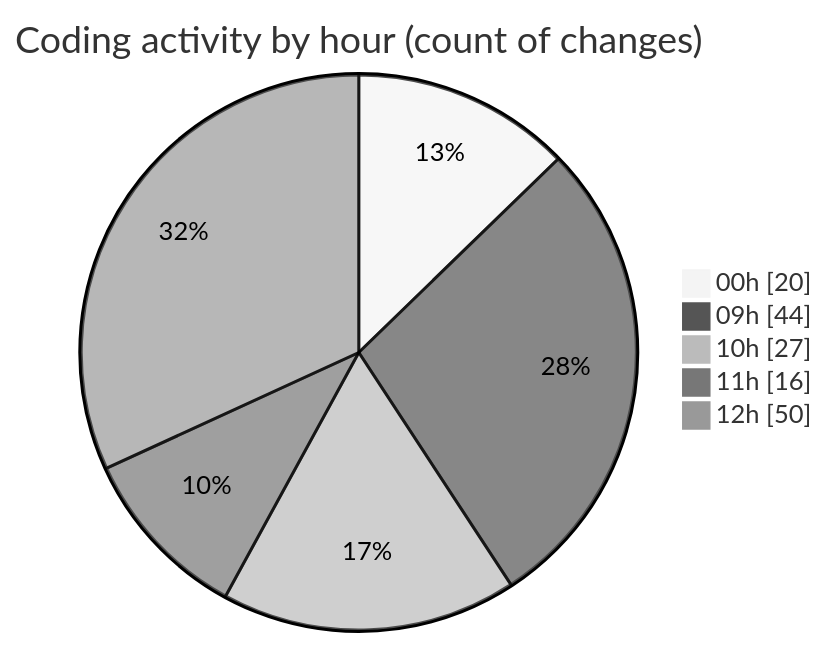
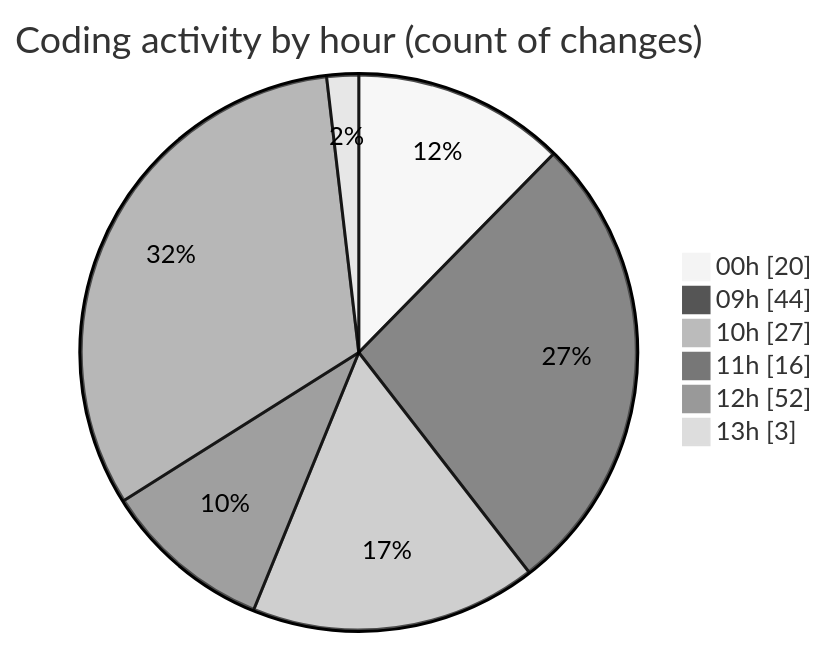
The second of 2 diagrams in 2025-03-19/cda/README.md (momahboobian/code-tracking), drawn with Mermaid (neutral theme) before and after one commit. The commit also changed other lines of this file and 1 other file, not shown here.

````diff
--- a/2025-03-19/cda/README.md
+++ b/2025-03-19/cda/README.md
@@ -32,9 +32,10 @@
 ```mermaid
 pie showData
 title Coding activity by hour (count of changes)
 "00h" : 20
 "09h" : 44
 "10h" : 27
 "11h" : 16
-"12h" : 50
+"12h" : 52
+"13h" : 3
 ```
````
